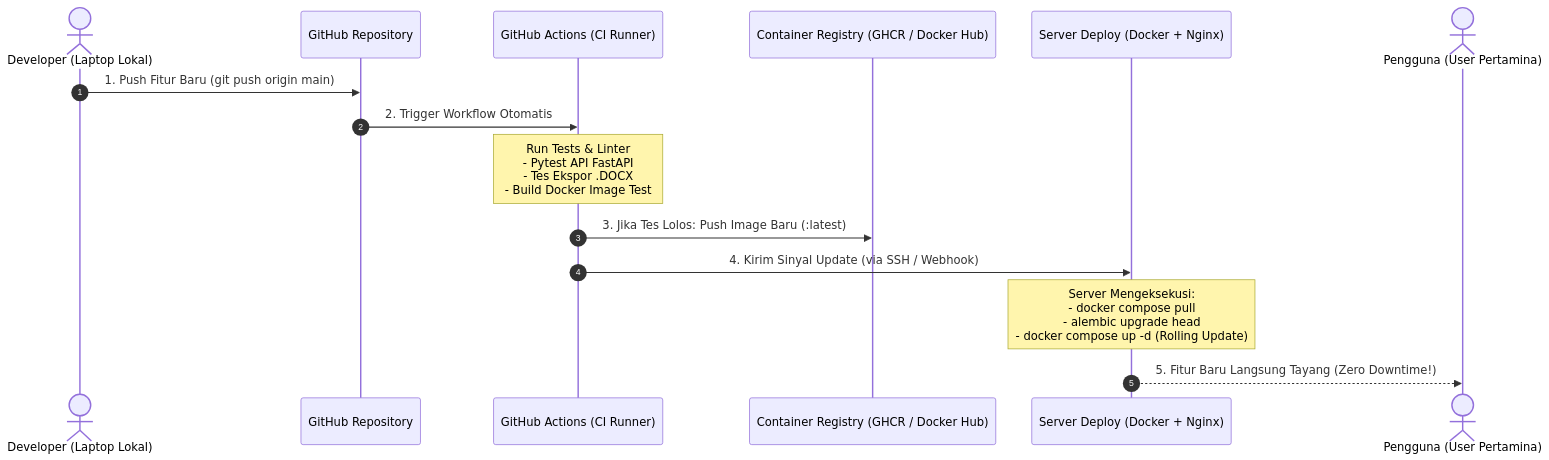
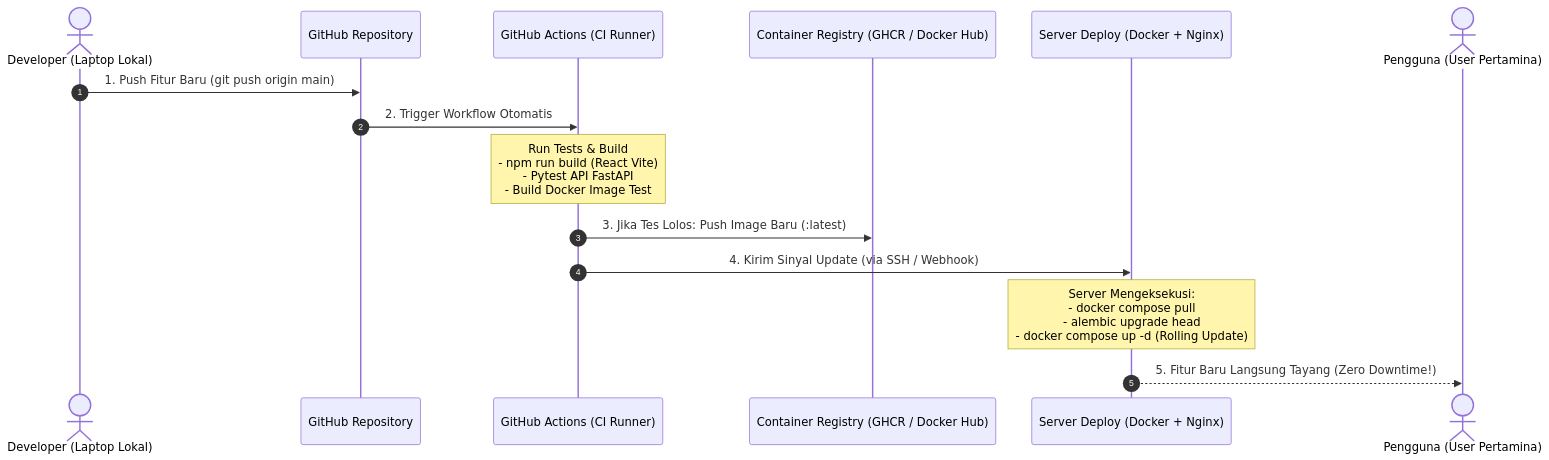
The third of 3 diagrams in draft_perencanaan_proyek_django.md (Flax9/Agenticv3), drawn with Mermaid before and after one commit. The commit also changed other lines of this file and 9 other files, not shown here.

Commit message:
docs: revise masterplan to React Vite (JavaScript) with modular komponen/ directory

````diff
--- a/draft_perencanaan_proyek_django.md
+++ b/draft_perencanaan_proyek_django.md
@@ -501,18 +539,18 @@
 ```mermaid
 sequenceDiagram
     autonumber
     actor Dev as Developer (Laptop Lokal)
     participant Git as GitHub Repository
     participant CI as GitHub Actions (CI Runner)
     participant Reg as Container Registry (GHCR / Docker Hub)
     participant Server as Server Deploy (Docker + Nginx)
     actor User as Pengguna (User Pertamina)
 
     Dev->>Git: 1. Push Fitur Baru (git push origin main)
     Git->>CI: 2. Trigger Workflow Otomatis
-    Note over CI: Run Tests & Linter<br/>- Pytest API FastAPI<br/>- Tes Ekspor .DOCX<br/>- Build Docker Image Test
+    Note over CI: Run Tests & Build<br/>- npm run build (React Vite)<br/>- Pytest API FastAPI<br/>- Build Docker Image Test
     CI->>Reg: 3. Jika Tes Lolos: Push Image Baru (:latest)
     CI->>Server: 4. Kirim Sinyal Update (via SSH / Webhook)
     Note over Server: Server Mengeksekusi:<br/>- docker compose pull<br/>- alembic upgrade head<br/>- docker compose up -d (Rolling Update)
     Server-->>User: 5. Fitur Baru Langsung Tayang (Zero Downtime!)
 ```
````
